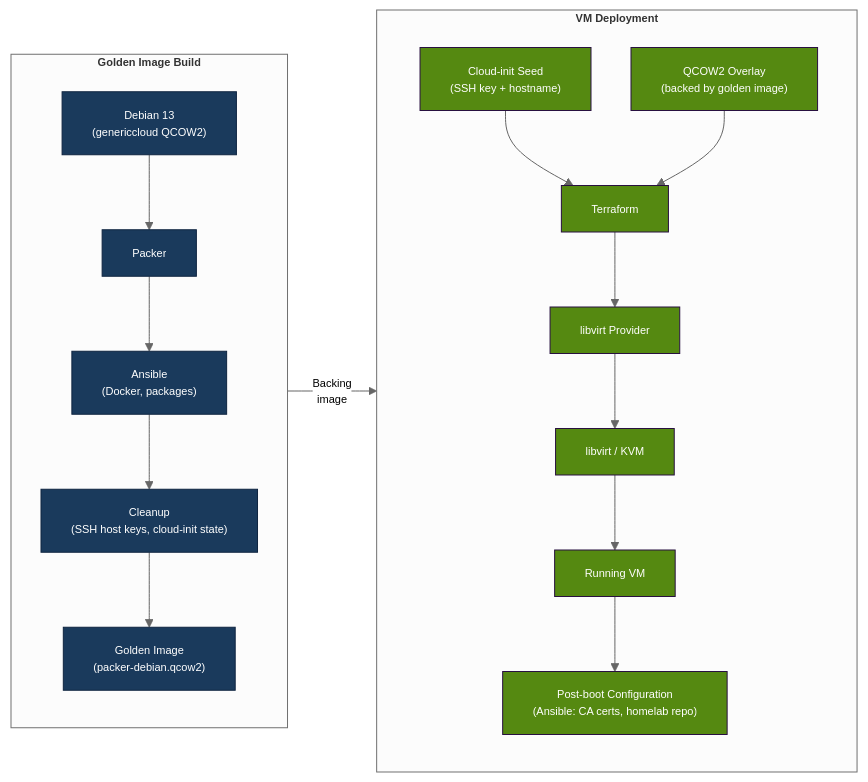
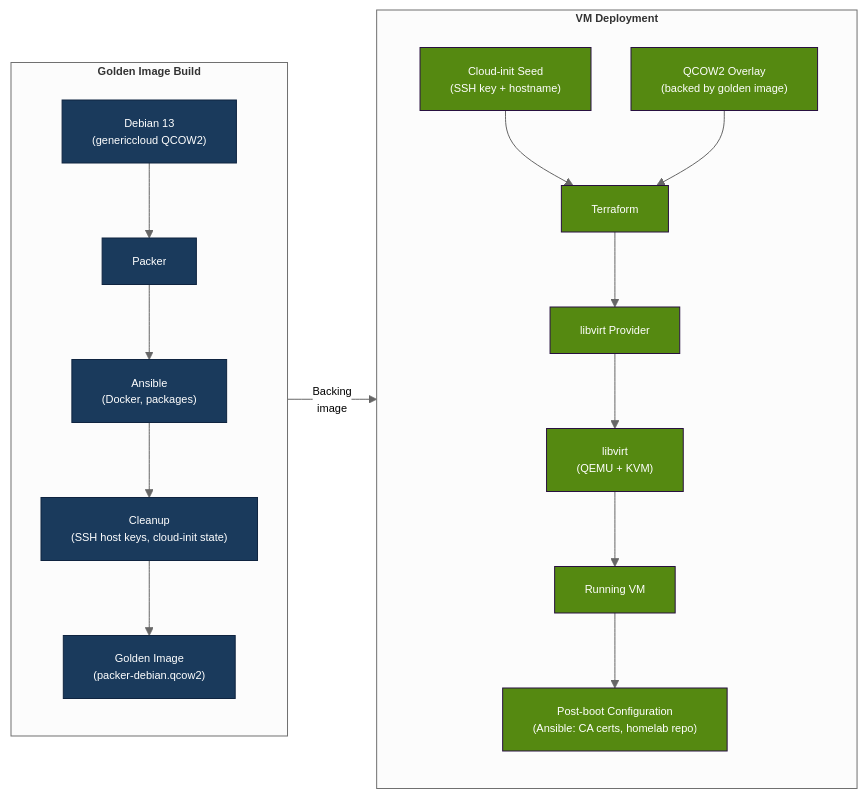
Before and after one commit to aleksa-radojicic/homelab-public: the second of 2 diagrams in README.md, drawn with Mermaid. The commit also changed other lines of this file, not shown here.

Commit message:
specify QEMU in README.md

````diff
--- a/README.md
+++ b/README.md
@@ -133,55 +133,55 @@
 ```mermaid
 %%{init: {
   'theme': 'neutral',
   'themeVariables': {
     'fontSize': '11px'
   },
   'flowchart': {
     'htmlLabels': true,
     'padding': 15,
     'nodeSpacing': 40
   }
 }}%%
 flowchart LR
     subgraph Build["<b>Golden Image Build</b>"]
         direction TB
 
         Debian["Debian 13<br/>(genericcloud QCOW2)"]
         Packer["Packer"]
         Ansible["Ansible<br/>(Docker, packages)"]
         Cleanup["Cleanup<br/>(SSH host keys, cloud-init state)"]
         Golden["Golden Image<br/>(packer-debian.qcow2)"]
 
         Debian --> Packer
         Packer --> Ansible
         Ansible --> Cleanup
         Cleanup --> Golden
     end
 
     subgraph Deploy["<b>VM Deployment</b>"]
         direction TB
 
         Seed["Cloud-init Seed<br/>(SSH key + hostname)"]
         Overlay["QCOW2 Overlay<br/>(backed by golden image)"]
         Terraform["Terraform"]
         Provider["libvirt Provider"]
-        Libvirt["libvirt / KVM"]
+        Libvirt["libvirt<br/>(QEMU + KVM)"]
         VM["Running VM"]
         PostSetup["Post-boot Configuration<br/>(Ansible: CA certs, homelab repo)"]
 
         Seed --> Terraform
         Golden -->|"Backing</br>image"| Overlay
         Overlay --> Terraform
         Terraform --> Provider
         Provider --> Libvirt
         Libvirt --> VM
         VM --> PostSetup
     end
 
     %% Styling
     classDef build fill:#1a3a5c,color:#fff,stroke:#0f2440
     classDef deploy fill:#558911,color:#fff,stroke:#281040
 
     class Debian,Packer,Ansible,Cleanup,Golden build
     class Seed,Overlay,Terraform,Provider,Libvirt,VM,PostSetup deploy
 ```
````
